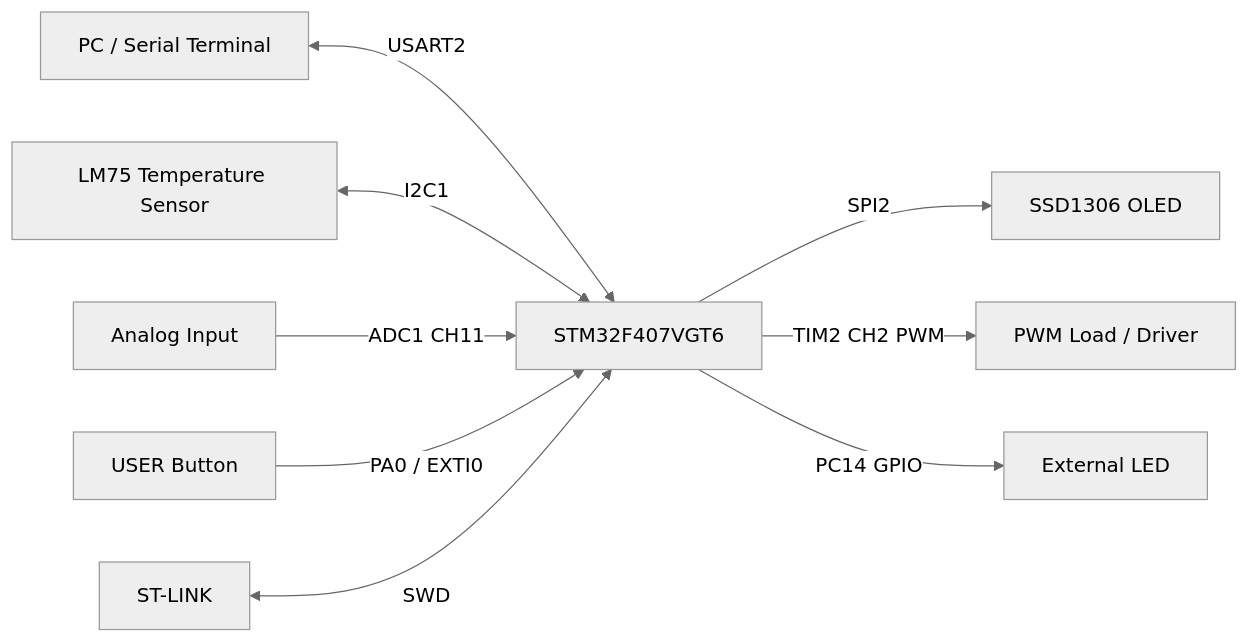
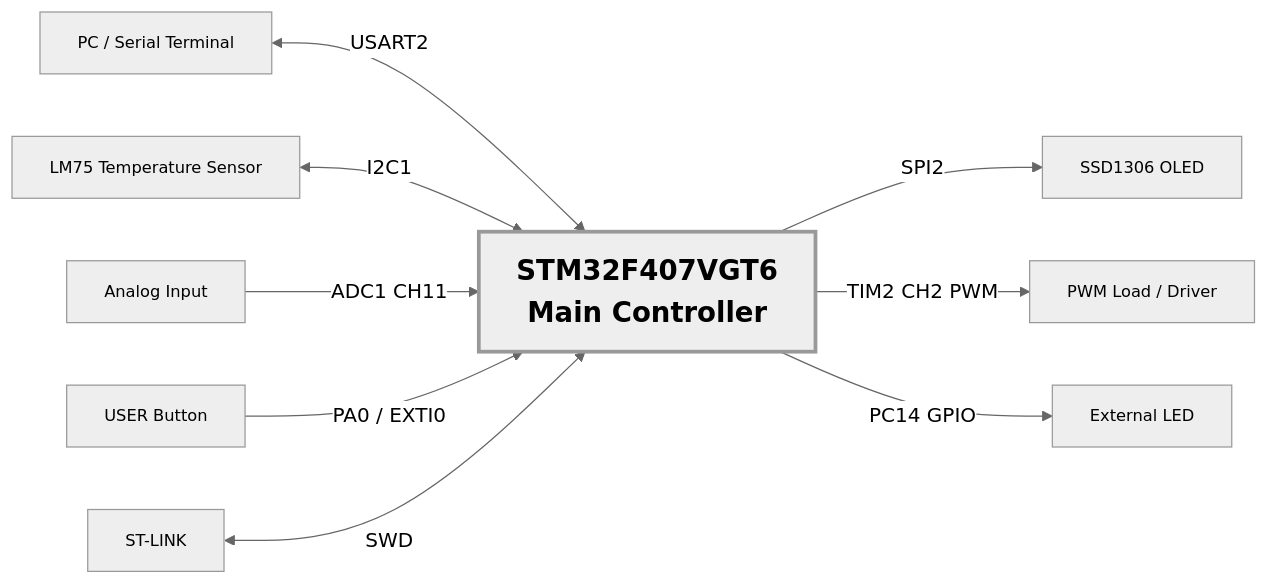
Before and after one commit to John0729/STM32F407-Smart-Controller: the seventh of 7 diagrams in README.md, drawn with Mermaid (neutral theme).

Commit message:
Revise README

````diff
--- a/README.md
+++ b/README.md
@@ -551,23 +551,29 @@
 ```mermaid
 flowchart LR
 
     PC[PC / Serial Terminal]
     LM75[LM75 Temperature Sensor]
     OLED[SSD1306 OLED]
     ADC[Analog Input]
     PWM[PWM Load / Driver]
     BTN[USER Button]
     LED[External LED]
     STLINK[ST-LINK]
 
-    MCU[STM32F407VGT6]
+    MCU["STM32F407VGT6<br/>Main Controller"]
 
     PC <-->|USART2| MCU
     LM75 <-->|I2C1| MCU
     MCU -->|SPI2| OLED
     ADC -->|ADC1 CH11| MCU
     MCU -->|TIM2 CH2 PWM| PWM
     BTN -->|PA0 / EXTI0| MCU
     MCU -->|PC14 GPIO| LED
     STLINK <-->|SWD| MCU
+
+    classDef peripheral font-size:13px,stroke-width:1px;
+    classDef controller font-size:22px,font-weight:bold,stroke-width:3px;
+
+    class PC,LM75,OLED,ADC,PWM,BTN,LED,STLINK peripheral;
+    class MCU controller;
 ```
````
